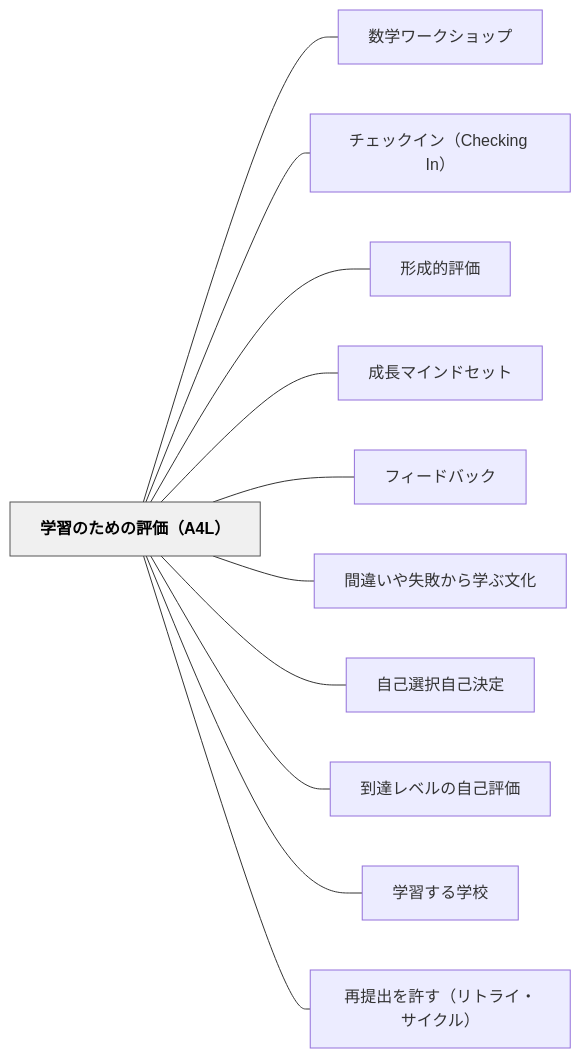
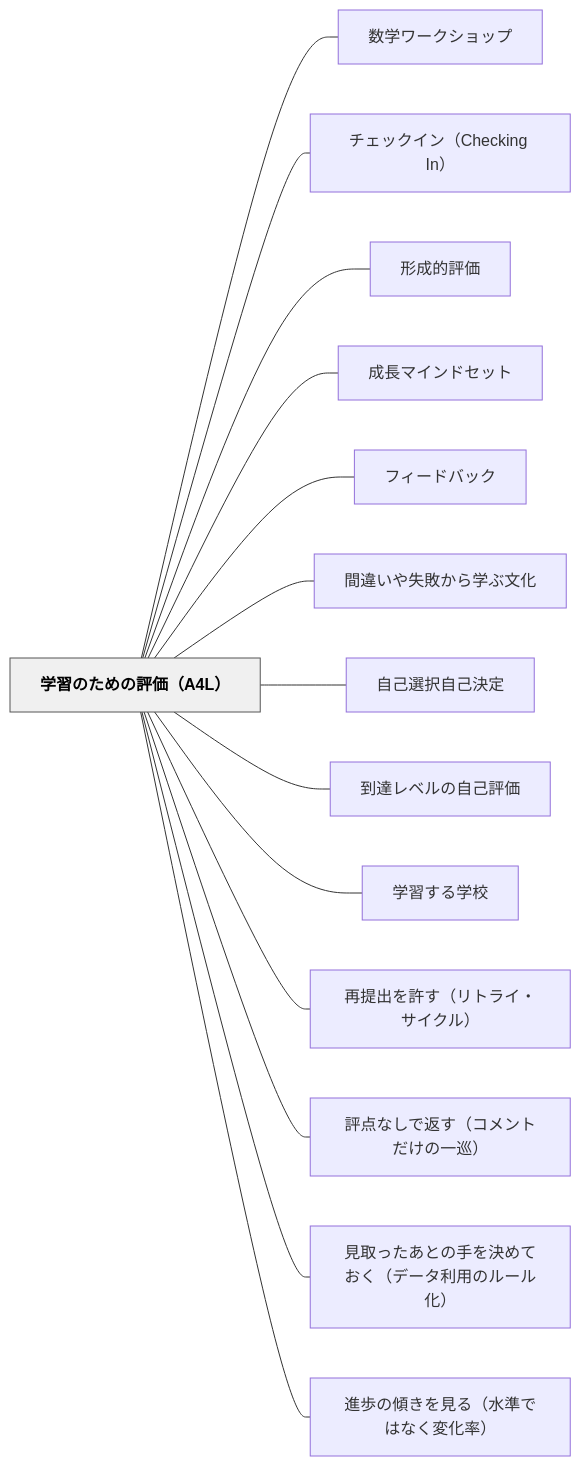
One commit to unknownthings-ed-patterns/unknownthings-ed-patterns changed the diagram in content/パタン/学習のための評価（A4L）.md. Above: the diagram before and after it, drawn with Mermaid. The commit also changed other lines of this file and 2 other files, not shown here.

````diff
--- a/content/パタン/学習のための評価（A4L）.md
+++ b/content/パタン/学習のための評価（A4L）.md
@@ -191,28 +215,34 @@
 ```mermaid
 flowchart LR
     ne5ada6e7bf92e381aee3819fe38281e381aee8a995e4bea1efbc8841344cefbc89["学習のための評価（A4L）"]
     ne695b0e5ada6e383afe383bce382afe382b7e383a7e38383e38397["数学ワークショップ"]
     ne38381e382a7e38383e382afe382a4e383b3efbc88436865636b696e6720496eefbc89["チェックイン（Checking In）"]
     ne5bda2e68890e79a84e8a995e4bea1["形成的評価"]
     ne68890e995b7e3839ee382a4e383b3e38389e382bbe38383e38388["成長マインドセット"]
     ne38395e382a3e383bce38389e38390e38383e382af["フィードバック"]
     ne99693e98195e38184e38284e5a4b1e69597e3818be38289e5ada6e381b6e69687e58c96["間違いや失敗から学ぶ文化"]
     ne887aae5b7b1e981b8e68a9ee887aae5b7b1e6b1bae5ae9a["自己選択自己決定"]
     ne588b0e98194e383ace38399e383abe381aee887aae5b7b1e8a995e4bea1["到達レベルの自己評価"]
     ne5ada6e7bf92e38199e3828be5ada6e6a0a1["学習する学校"]
     ne5868de68f90e587bae38292e8a8b1e38199efbc88e383aae38388e383a9e382a4e383bbe382b5e382a4e382afe383abefbc89["再提出を許す（リトライ・サイクル）"]
+    ne8a995e782b9e381aae38197e381a7e8bf94e38199efbc88e382b3e383a1e383b3e38388e381a0e38191e381aee4b880e5b7a1efbc89["評点なしで返す（コメントだけの一巡）"]
+    ne8a68be58f96e381a3e3819fe38182e381a8e381aee6898be38292e6b1bae38281e381a6e3818ae3818fefbc88e38387e383bce382bfe588a9e794a8e381aee383abe383bce383abe58c96efbc89["見取ったあとの手を決めておく（データ利用のルール化）"]
+    ne980b2e6ada9e381aee582bee3818de38292e8a68be3828befbc88e6b0b4e6ba96e381a7e381afe381aae3818fe5a489e58c96e78e87efbc89["進歩の傾きを見る（水準ではなく変化率）"]
 
     ne5ada6e7bf92e381aee3819fe38281e381aee8a995e4bea1efbc8841344cefbc89 --- ne695b0e5ada6e383afe383bce382afe382b7e383a7e38383e38397
     ne5ada6e7bf92e381aee3819fe38281e381aee8a995e4bea1efbc8841344cefbc89 --- ne38381e382a7e38383e382afe382a4e383b3efbc88436865636b696e6720496eefbc89
     ne5ada6e7bf92e381aee3819fe38281e381aee8a995e4bea1efbc8841344cefbc89 --- ne5bda2e68890e79a84e8a995e4bea1
     ne5ada6e7bf92e381aee3819fe38281e381aee8a995e4bea1efbc8841344cefbc89 --- ne68890e995b7e3839ee382a4e383b3e38389e382bbe38383e38388
     ne5ada6e7bf92e381aee3819fe38281e381aee8a995e4bea1efbc8841344cefbc89 --- ne38395e382a3e383bce38389e38390e38383e382af
     ne5ada6e7bf92e381aee3819fe38281e381aee8a995e4bea1efbc8841344cefbc89 --- ne99693e98195e38184e38284e5a4b1e69597e3818be38289e5ada6e381b6e69687e58c96
     ne5ada6e7bf92e381aee3819fe38281e381aee8a995e4bea1efbc8841344cefbc89 --- ne887aae5b7b1e981b8e68a9ee887aae5b7b1e6b1bae5ae9a
     ne5ada6e7bf92e381aee3819fe38281e381aee8a995e4bea1efbc8841344cefbc89 --- ne588b0e98194e383ace38399e383abe381aee887aae5b7b1e8a995e4bea1
     ne5ada6e7bf92e381aee3819fe38281e381aee8a995e4bea1efbc8841344cefbc89 --- ne5ada6e7bf92e38199e3828be5ada6e6a0a1
     ne5ada6e7bf92e381aee3819fe38281e381aee8a995e4bea1efbc8841344cefbc89 --- ne5868de68f90e587bae38292e8a8b1e38199efbc88e383aae38388e383a9e382a4e383bbe382b5e382a4e382afe383abefbc89
+    ne5ada6e7bf92e381aee3819fe38281e381aee8a995e4bea1efbc8841344cefbc89 --- ne8a995e782b9e381aae38197e381a7e8bf94e38199efbc88e382b3e383a1e383b3e38388e381a0e38191e381aee4b880e5b7a1efbc89
+    ne5ada6e7bf92e381aee3819fe38281e381aee8a995e4bea1efbc8841344cefbc89 --- ne8a68be58f96e381a3e3819fe38182e381a8e381aee6898be38292e6b1bae38281e381a6e3818ae3818fefbc88e38387e383bce382bfe588a9e794a8e381aee383abe383bce383abe58c96efbc89
+    ne5ada6e7bf92e381aee3819fe38281e381aee8a995e4bea1efbc8841344cefbc89 --- ne980b2e6ada9e381aee582bee3818de38292e8a68be3828befbc88e6b0b4e6ba96e381a7e381afe381aae3818fe5a489e58c96e78e87efbc89
 
     classDef hub fill:#f0f0f0,stroke:#555,color:#000,font-weight:bold
     class ne5ada6e7bf92e381aee3819fe38281e381aee8a995e4bea1efbc8841344cefbc89 hub
 ```
````
